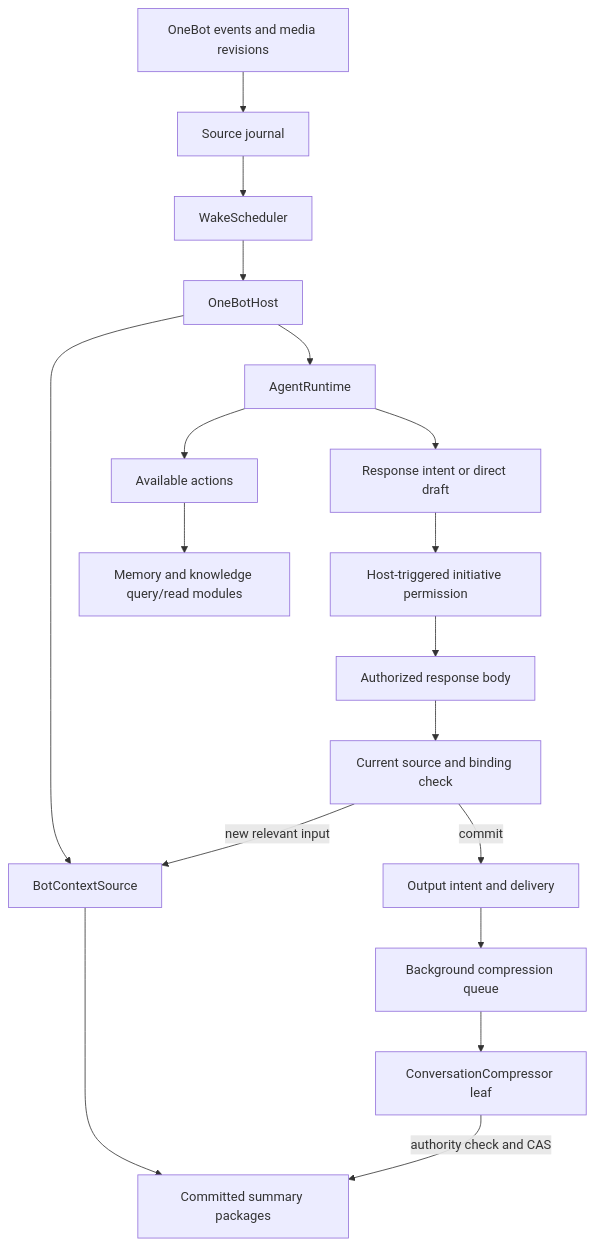
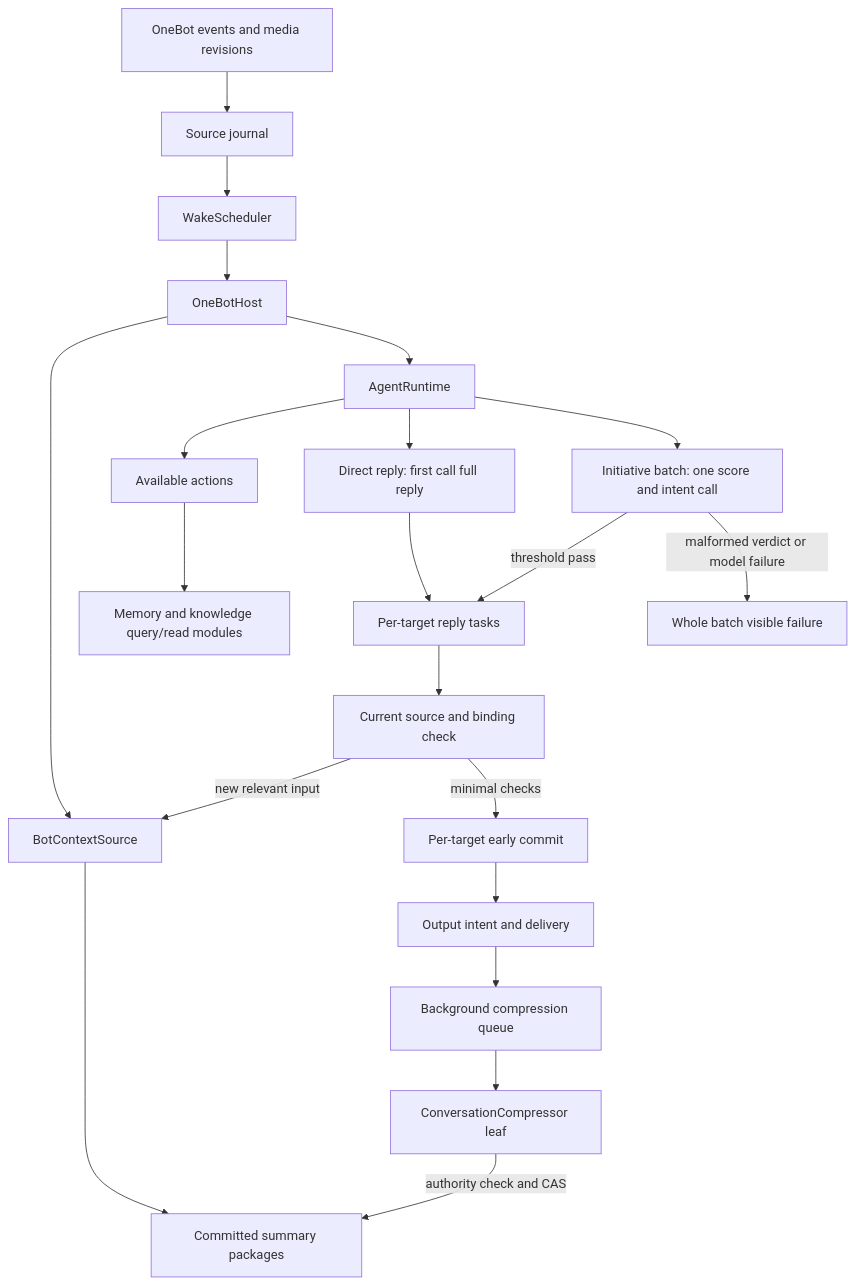
The diagram in docs/architecture/bot-context.md (Verdspair/superstring), drawn with Mermaid before and after one commit. The commit also changed other lines of this file and 156 other files, not shown here.

Commit message:
feat(qq): streamline reply modes and concurrent delivery

```diff
--- a/docs/architecture/bot-context.md
+++ b/docs/architecture/bot-context.md
@@ -5,20 +5,23 @@
 ~~~mermaid
 flowchart TD
   Input[OneBot events and media revisions] --> Journal[Source journal]
   Journal --> Wake[WakeScheduler]
   Wake --> Host[OneBotHost]
   Host --> Context[BotContextSource]
   Context --> Packages[Committed summary packages]
   Host --> Runtime[AgentRuntime]
   Runtime --> Action[Available actions]
   Action --> Modules[Memory and knowledge query/read modules]
-  Runtime --> Draft[Response intent or direct draft]
-  Draft --> Permit[Host-triggered initiative permission]
-  Permit --> Body[Authorized response body]
-  Body --> Check[Current source and binding check]
+  Runtime --> Direct[Direct reply: first call full reply]
+  Runtime --> Batch[Initiative batch: one score and intent call]
+  Batch -->|threshold pass| Reply[Per-target reply tasks]
+  Batch -->|malformed verdict or model failure| Failed[Whole batch visible failure]
+  Direct --> Reply
+  Reply --> Check[Current source and binding check]
   Check -->|new relevant input| Context
-  Check -->|commit| Outbox[Output intent and delivery]
+  Check -->|minimal checks| Early[Per-target early commit]
+  Early --> Outbox[Output intent and delivery]
   Outbox --> Queue[Background compression queue]
   Queue --> Compress[ConversationCompressor leaf]
   Compress -->|authority check and CAS| Packages
 ~~~
```
